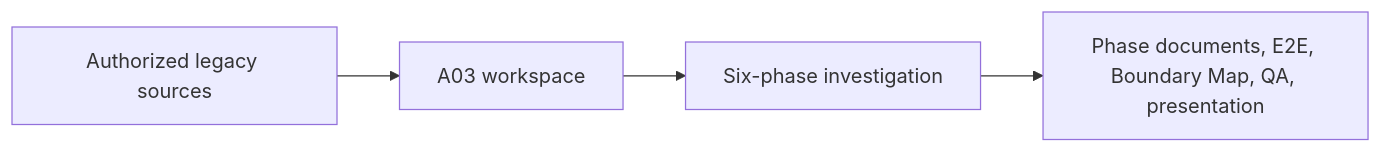
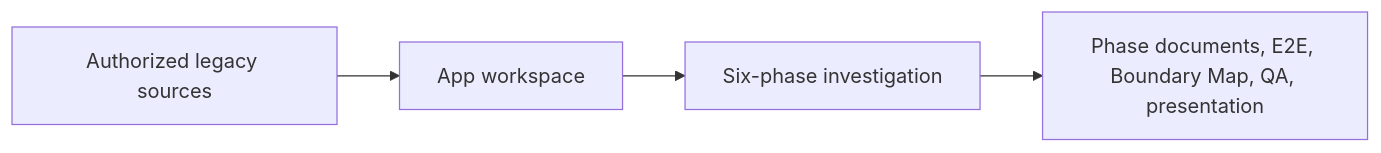
Before and after one commit to tuanvtanrakutei/sms-legacy-investigation-kit: the diagram in README.md, drawn with Mermaid. The commit also changed other lines of this file and 5 other files, not shown here.

````diff
--- a/README.md
+++ b/README.md
@@ -62,6 +62,6 @@
 ```mermaid
 flowchart LR
-    S[Authorized legacy sources] --> W[A03 workspace]
+    S[Authorized legacy sources] --> W[App workspace]
     W --> P[Six-phase investigation]
     P --> O[Phase documents, E2E, Boundary Map, QA, presentation]
 ```
````
